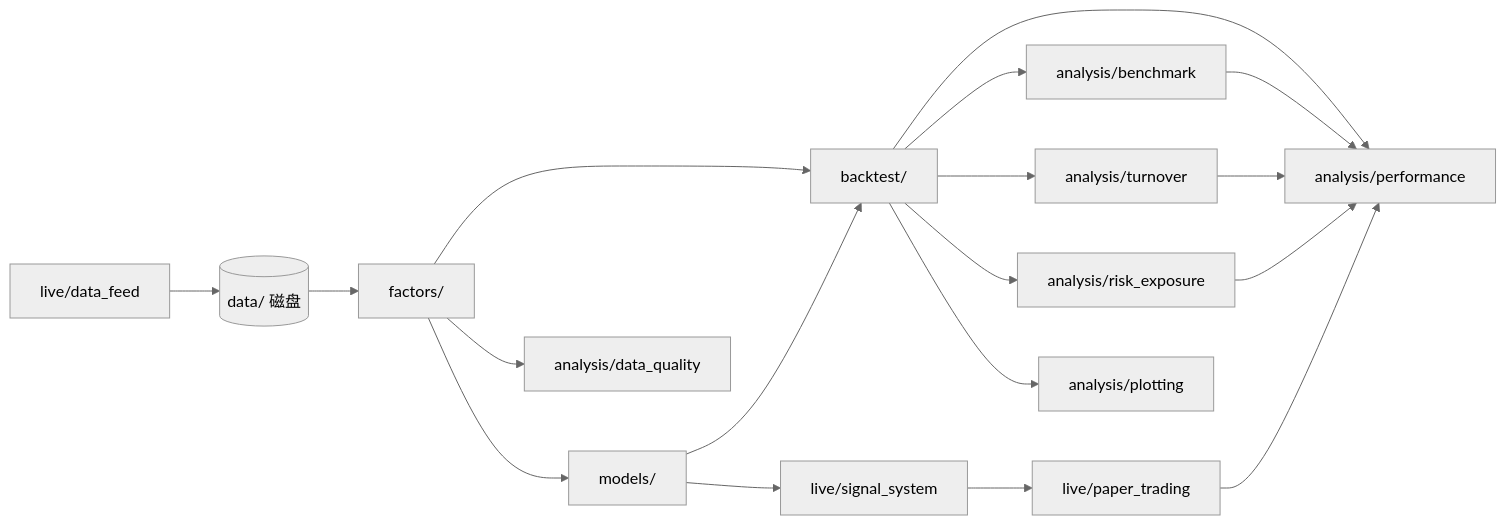
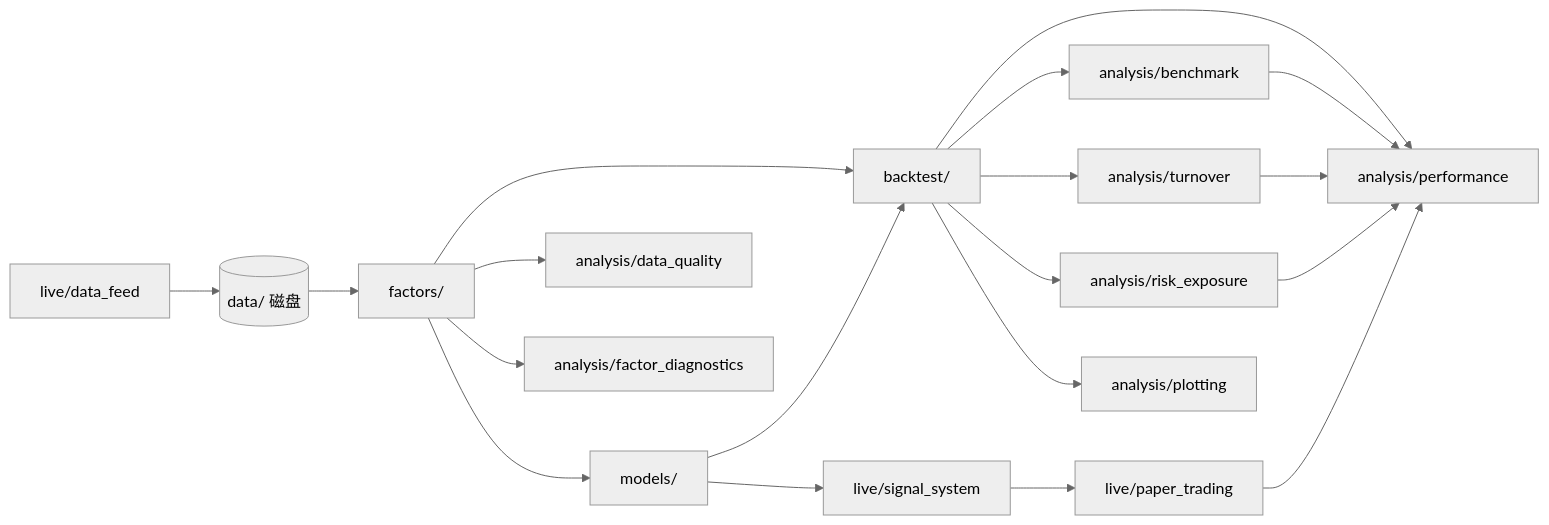
One commit to Mikowong0821/quant_strategy changed the diagram in docs/CODE_STRUCTURE.md. Above: the diagram before and after it, drawn with Mermaid (neutral theme). The commit also changed other lines of this file and 20 other files, not shown here.

Commit message:
Enhance factor diagnostics and rolling fusion

````diff
--- a/docs/CODE_STRUCTURE.md
+++ b/docs/CODE_STRUCTURE.md
@@ -18,34 +18,36 @@
 ```mermaid
 flowchart LR
   data[(data/ 磁盘)]
   feed[live/data_feed]
   fac[factors/]
   bt[backtest/]
   opt[models/]
   sig[live/signal_system]
   paper[live/paper_trading]
   perf[analysis/performance]
   dq[analysis/data_quality]
+  diag[analysis/factor_diagnostics]
   bench[analysis/benchmark]
   turn[analysis/turnover]
   risk[analysis/risk_exposure]
   plot[analysis/plotting]
 
   data --> fac
   feed --> data
   fac --> bt
   fac --> dq
+  fac --> diag
   opt --> bt
   bt --> perf
   bt --> bench
   bt --> turn
   bt --> risk
   bench --> perf
   turn --> perf
   risk --> perf
   bt --> plot
   fac --> opt
   opt --> sig
   sig --> paper
   paper --> perf
 ```
````
